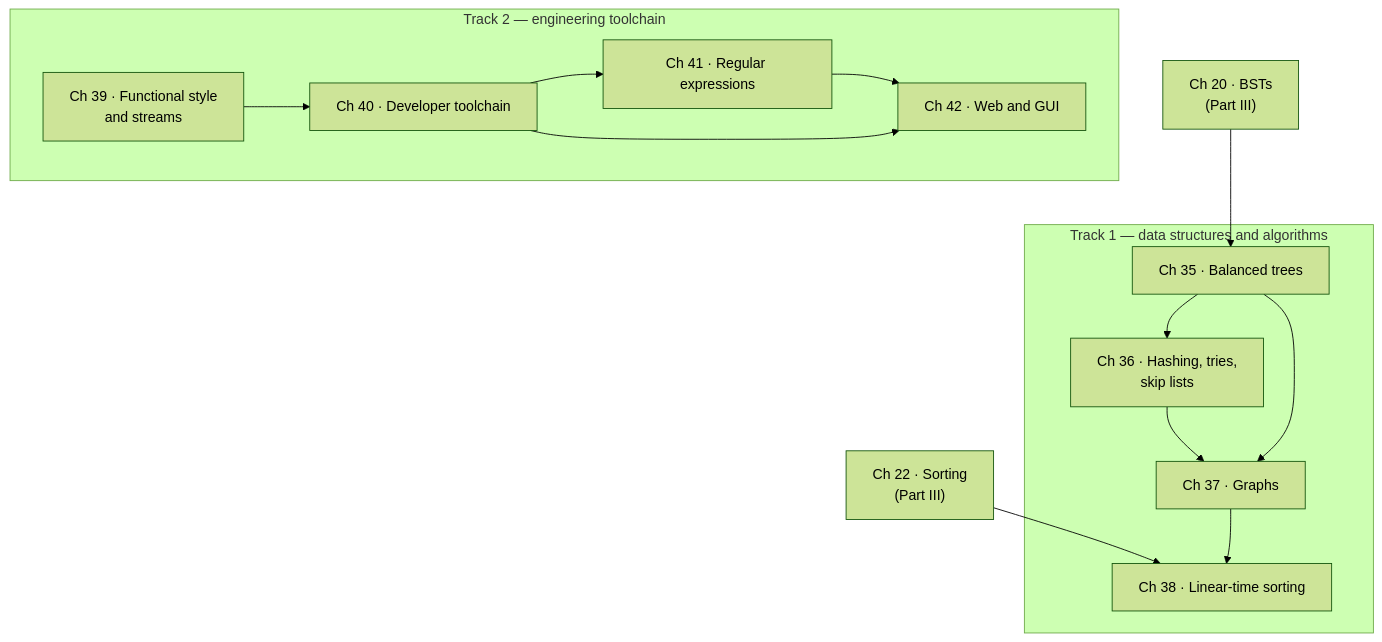
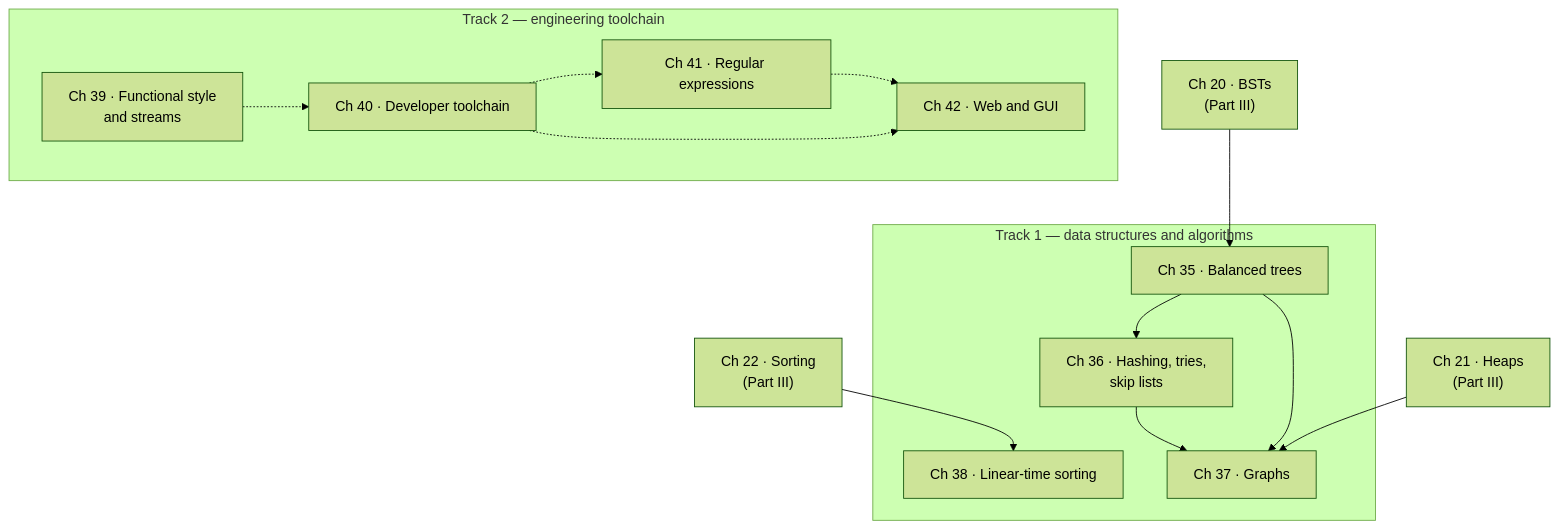
Before and after one commit to dongzhaohe321418-lab/programming-handbook: the diagram in docs/part6-overview.md, drawn with Mermaid (forest theme). The commit also changed other lines of this file and 227 other files, not shown here.

````diff
--- a/docs/part6-overview.md
+++ b/docs/part6-overview.md
@@ -98,25 +101,25 @@
 ```mermaid
 flowchart TD
     ch20["Ch 20 · BSTs<br/>(Part III)"] --> ch35["Ch 35 · Balanced trees"]
     ch22["Ch 22 · Sorting<br/>(Part III)"] --> ch38["Ch 38 · Linear-time sorting"]
     ch35 --> ch36["Ch 36 · Hashing, tries,<br/>skip lists"]
     ch36 --> ch37["Ch 37 · Graphs"]
     ch35 --> ch37
-    ch37 --> ch38
-    ch39["Ch 39 · Functional style<br/>and streams"] --> ch40["Ch 40 · Developer toolchain"]
-    ch40 --> ch41["Ch 41 · Regular expressions"]
-    ch41 --> ch42["Ch 42 · Web and GUI"]
-    ch40 --> ch42
+    ch21["Ch 21 · Heaps<br/>(Part III)"] --> ch37
+    ch39["Ch 39 · Functional style<br/>and streams"] -.-> ch40["Ch 40 · Developer toolchain"]
+    ch40 -.-> ch41["Ch 41 · Regular expressions"]
+    ch41 -.-> ch42["Ch 42 · Web and GUI"]
+    ch40 -.-> ch42
     subgraph DSA["Track 1 — data structures and algorithms"]
         ch35
         ch36
         ch37
         ch38
     end
     subgraph TOOLS["Track 2 — engineering toolchain"]
         ch39
         ch40
         ch41
         ch42
     end
 ```
````
